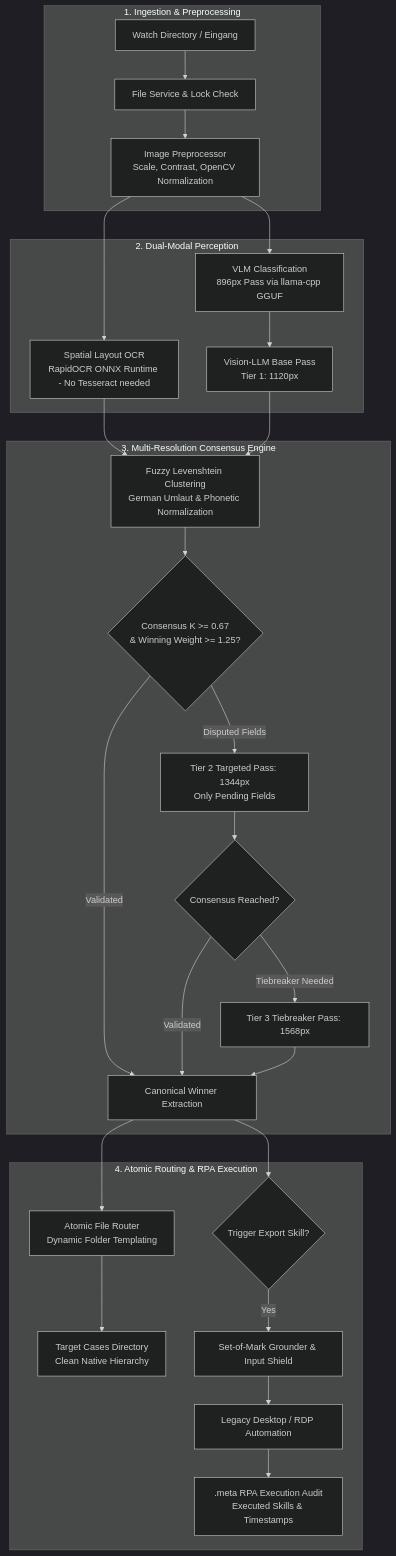
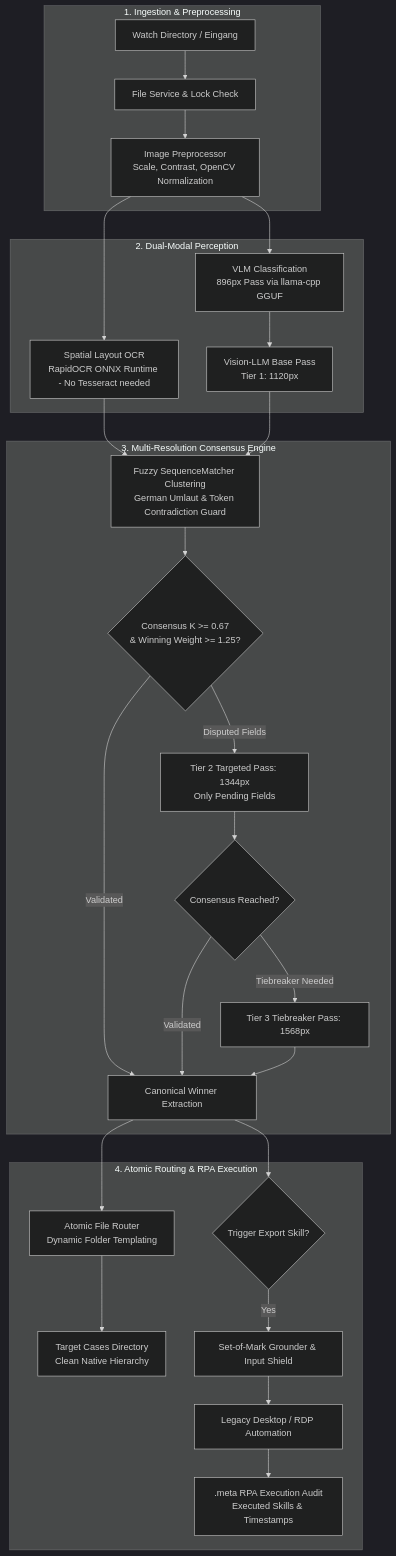
The diagram in README.md (DanAzanza/OrdinFlow), drawn with Mermaid (dark theme) before and after one commit. The commit also changed other lines of this file and 24 other files, not shown here.

````diff
--- a/README.md
+++ b/README.md
@@ -143,33 +143,33 @@
 ```mermaid
 flowchart TD
     subgraph INGESTION ["1. Ingestion & Preprocessing"]
         IN[Watch Directory / Eingang] --> W[File Service & Lock Check]
         W --> PREP[Image Preprocessor\nScale, Contrast, OpenCV Normalization]
     end
 
     subgraph DUAL_PERCEPTION ["2. Dual-Modal Perception"]
         PREP --> OCR[Spatial Layout OCR\nRapidOCR ONNX Runtime - No Tesseract needed]
         PREP --> CLASSIFY[VLM Classification\n896px Pass via llama-cpp GGUF]
         CLASSIFY --> VLM1[Vision-LLM Base Pass\nTier 1: 1120px]
     end
 
     subgraph CONSENSUS ["3. Multi-Resolution Consensus Engine"]
-        OCR & VLM1 --> CLUST[Fuzzy Levenshtein Clustering\nGerman Umlaut & Phonetic Normalization]
+        OCR & VLM1 --> CLUST[Fuzzy SequenceMatcher Clustering\nGerman Umlaut & Token Contradiction Guard]
         CLUST --> EVAL{Consensus K >= 0.67\n& Winning Weight >= 1.25?}
         EVAL -- Disputed Fields --> VLM2[Tier 2 Targeted Pass: 1344px\nOnly Pending Fields]
         VLM2 --> EVAL2{Consensus Reached?}
         EVAL2 -- Tiebreaker Needed --> VLM3[Tier 3 Tiebreaker Pass: 1568px]
         EVAL -- Validated --> WIN[Canonical Winner Extraction]
         EVAL2 -- Validated --> WIN
         VLM3 --> WIN
     end
 
     subgraph ROUTING_RPA ["4. Atomic Routing & RPA Execution"]
         WIN --> ROUTE[Atomic File Router\nDynamic Folder Templating]
         ROUTE --> ARCHIVE[Target Cases Directory\nClean Native Hierarchy]
         WIN --> SKILL{Trigger Export Skill?}
         SKILL -- Yes --> SOM[Set-of-Mark Grounder & Input Shield]
         SOM --> RDP[Legacy Desktop / RDP Automation]
         RDP --> AUDIT[.meta RPA Execution Audit\nExecuted Skills & Timestamps]
     end
 ```
````
